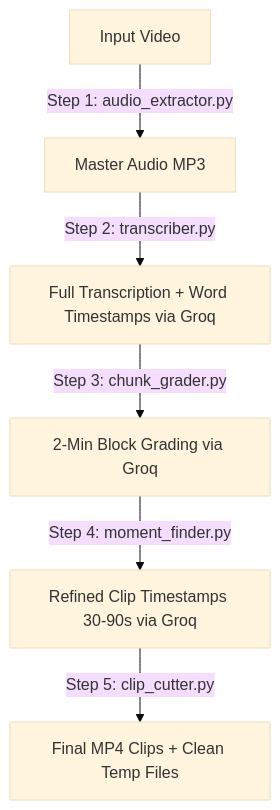
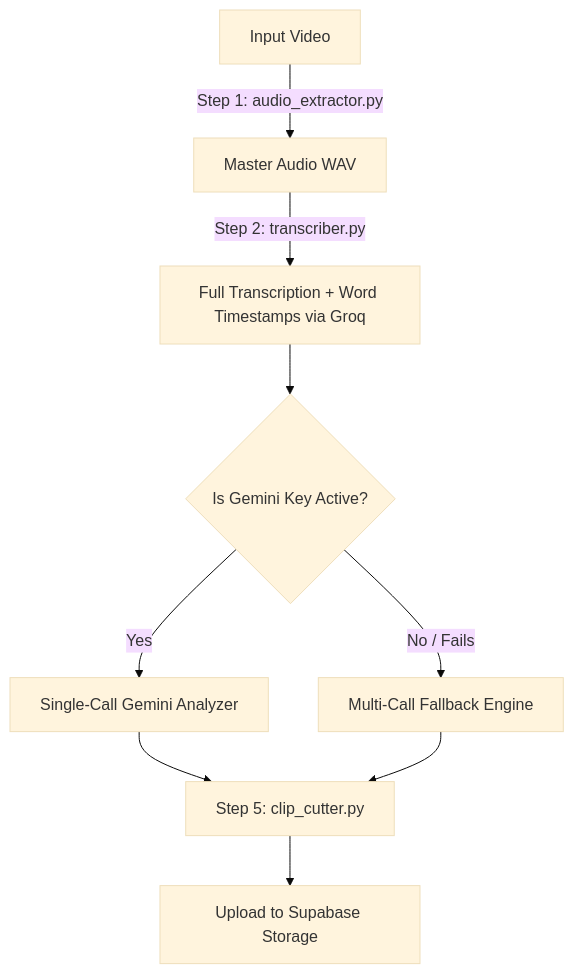
The diagram in README.md (kanak227/Framey), drawn with Mermaid (base theme) before and after one commit. The commit also changed other lines of this file and 18 other files, not shown here.

Commit message:
feat: Single-Call Gemini architecture, Supabase storage, download fix, and code cleanup

````diff
--- a/README.md
+++ b/README.md
@@ -13,8 +13,11 @@
 ```mermaid
 graph TD
-    A[Input Video] -->|Step 1: audio_extractor.py| B[Master Audio MP3]
+    A[Input Video] -->|Step 1: audio_extractor.py| B[Master Audio WAV]
     B -->|Step 2: transcriber.py| C[Full Transcription + Word Timestamps via Groq]
-    C -->|Step 3: chunk_grader.py| D[2-Min Block Grading via Groq]
-    D -->|Step 4: moment_finder.py| E[Refined Clip Timestamps 30-90s via Groq]
-    E -->|Step 5: clip_cutter.py| F[Final MP4 Clips + Clean Temp Files]
+    C --> D{Is Gemini Key Active?}
+    D -- Yes --> E[Single-Call Gemini Analyzer]
+    D -- No / Fails --> F[Multi-Call Fallback Engine]
+    E --> G[Step 5: clip_cutter.py]
+    F --> G[Step 5: clip_cutter.py]
+    G --> H[Upload to Supabase Storage]
 ```
````
